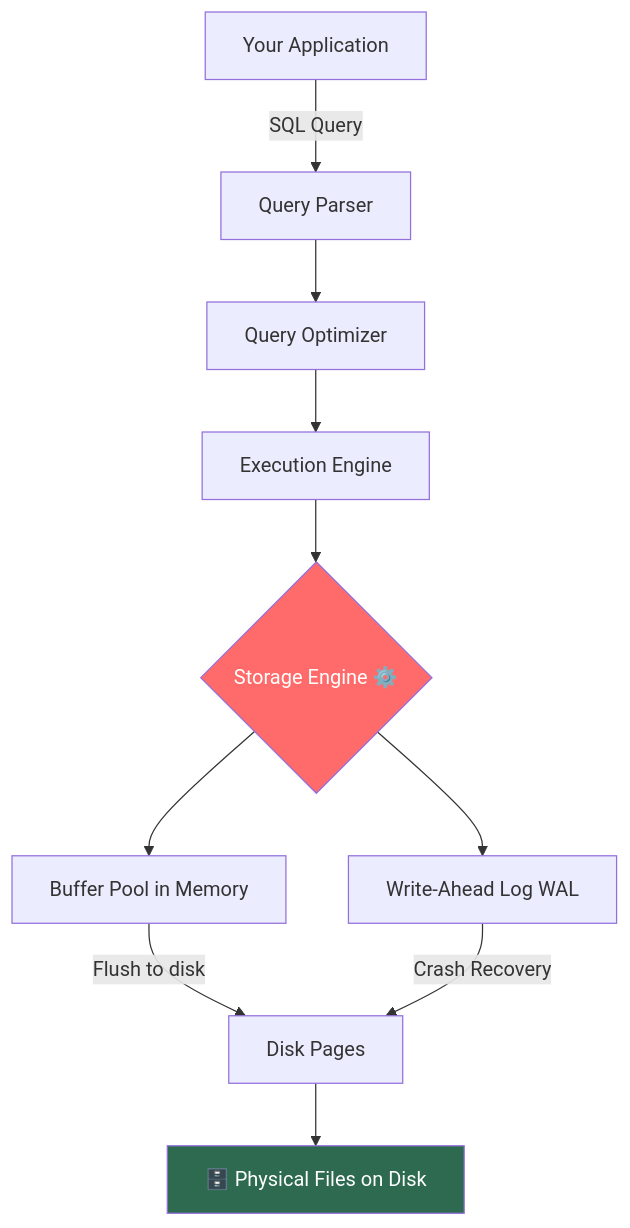
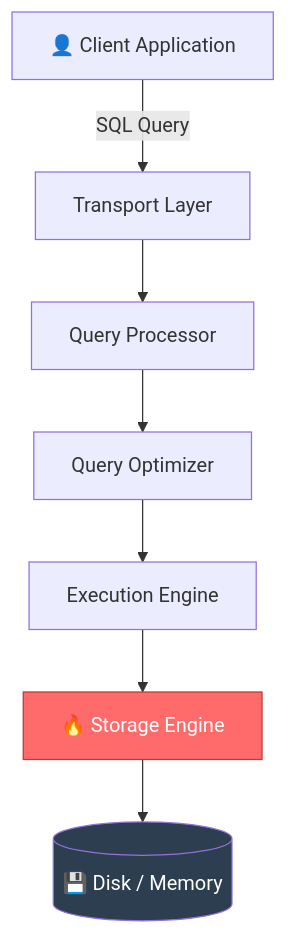
One commit to amolkharat18/database-internals changed the second of 4 diagrams in introduction.md. Above: the diagram before and after it, drawn with Mermaid. The commit also changed other lines of this file, not shown here.

````diff
--- a/introduction.md
+++ b/introduction.md
@@ -77,15 +138,12 @@
 ```mermaid
-flowchart TD
-    A[Your Application] -->|SQL Query| B[Query Parser]
-    B --> C[Query Optimizer]
-    C --> D[Execution Engine]
-    D --> E{Storage Engine ⚙️}
-    E --> F[Buffer Pool in Memory]
-    E --> G[Write-Ahead Log WAL]
-    F -->|Flush to disk| H[Disk Pages]
-    G -->|Crash Recovery| H
-    H --> I[🗄️ Physical Files on Disk]
+graph TD
+    A[👤 Client Application] -->|SQL Query| B[Transport Layer]
+    B --> C[Query Processor]
+    C --> D[Query Optimizer]
+    D --> E[Execution Engine]
+    E --> F[🔥 Storage Engine]
+    F --> G[(💾 Disk / Memory)]
 
-    style E fill:#ff6b6b,color:#fff
-    style I fill:#2d6a4f,color:#fff
+    style F fill:#ff6b6b,color:#fff,stroke:#c0392b
+    style G fill:#2c3e50,color:#fff
 ```
````
